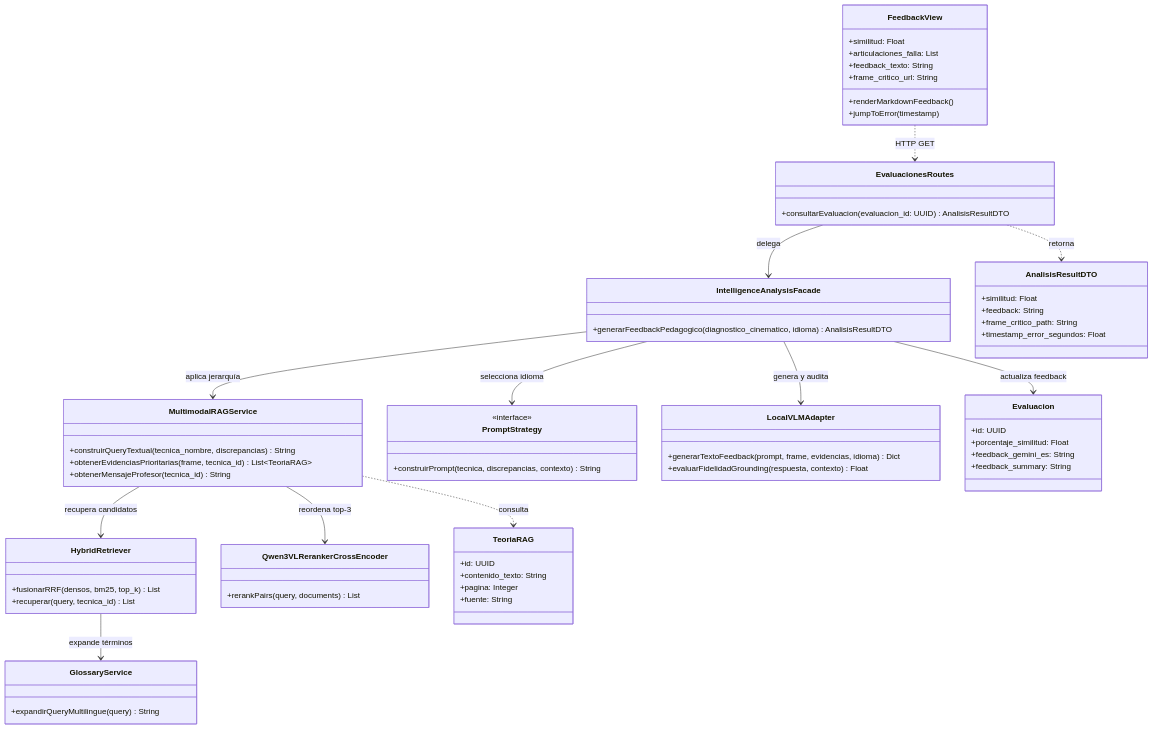
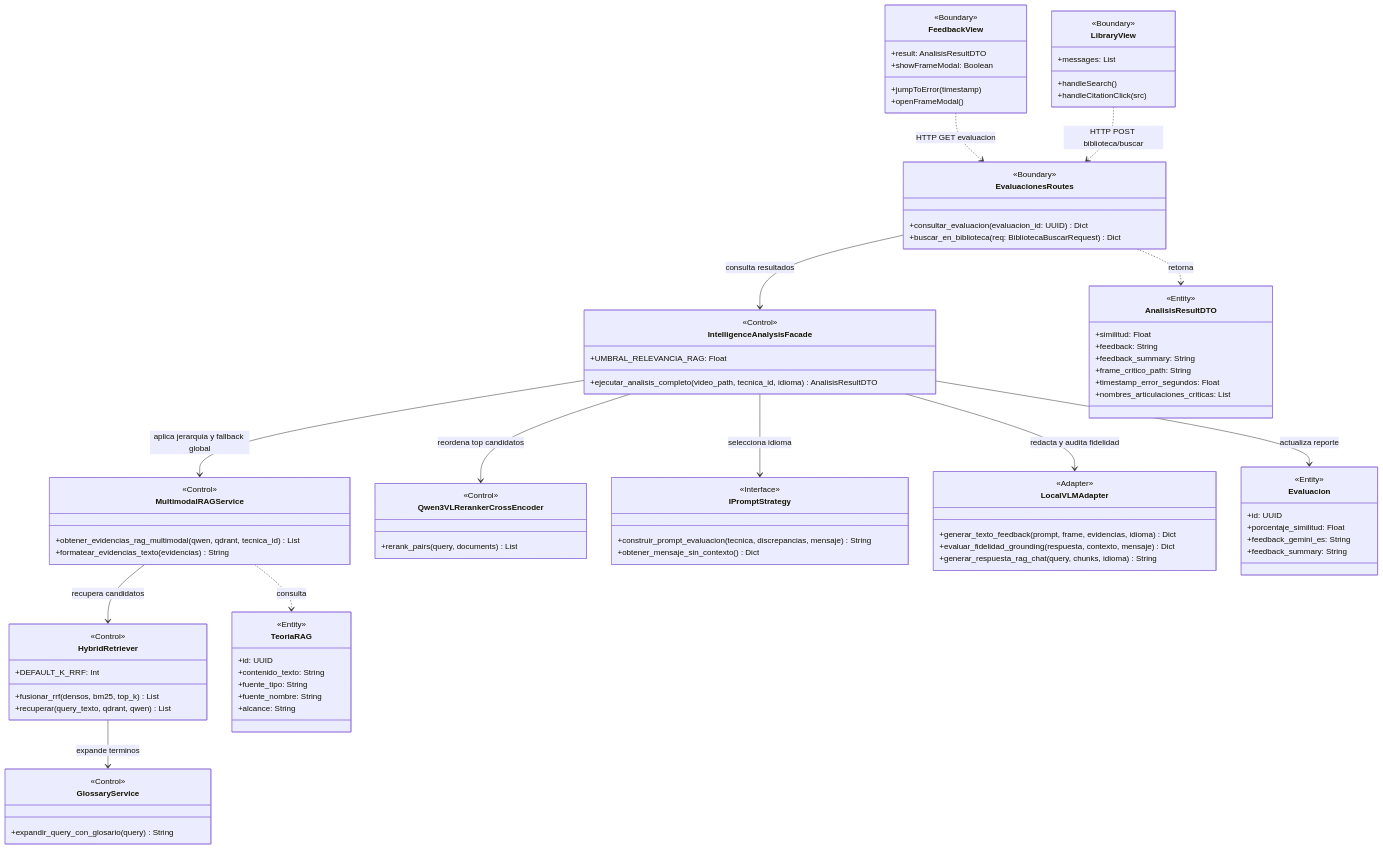
One commit to Tsmrain/JiuJitsu changed the diagram in docs/diagramas/codigo/cu04_clases.mmd. Above: the diagram before and after it, drawn with Mermaid. The commit also changed 86 other files, not shown here.

Commit message:
docs: actualizar ProyectoGrado bajo ICONIX con diagramas Mermaid, Cap IX y CV, y sincronizar cambios recientes

```diff
--- a/docs/diagramas/codigo/cu04_clases.mmd
+++ b/docs/diagramas/codigo/cu04_clases.mmd
@@ -1,79 +1,103 @@
 classDiagram
     class FeedbackView {
-        +similitud: Float
-        +articulaciones_falla: List
-        +feedback_texto: String
-        +frame_critico_url: String
-        +renderMarkdownFeedback()
+        <<Boundary>>
+        +result: AnalisisResultDTO
+        +showFrameModal: Boolean
         +jumpToError(timestamp)
+        +openFrameModal()
+    }
+
+    class LibraryView {
+        <<Boundary>>
+        +messages: List
+        +handleSearch()
+        +handleCitationClick(src)
     }
 
     class EvaluacionesRoutes {
-        +consultarEvaluacion(evaluacion_id: UUID) AnalisisResultDTO
+        <<Boundary>>
+        +consultar_evaluacion(evaluacion_id: UUID) Dict
+        +buscar_en_biblioteca(req: BibliotecaBuscarRequest) Dict
     }
 
     class IntelligenceAnalysisFacade {
-        +generarFeedbackPedagogico(diagnostico_cinematico, idioma) AnalisisResultDTO
+        <<Control>>
+        +UMBRAL_RELEVANCIA_RAG: Float
+        +ejecutar_analisis_completo(video_path, tecnica_id, idioma) AnalisisResultDTO
     }
 
     class MultimodalRAGService {
-        +construirQueryTextual(tecnica_nombre, discrepancias) String
-        +obtenerEvidenciasPrioritarias(frame, tecnica_id) List~TeoriaRAG~
-        +obtenerMensajeProfesor(tecnica_id) String
+        <<Control>>
+        +obtener_evidencias_rag_multimodal(qwen, qdrant, tecnica_id) List
+        +formatear_evidencias_texto(evidencias) String
     }
 
     class HybridRetriever {
-        +fusionarRRF(densos, bm25, top_k) List
-        +recuperar(query, tecnica_id) List
+        <<Control>>
+        +DEFAULT_K_RRF: Int
+        +fusionar_rrf(densos, bm25, top_k) List
+        +recuperar(query_texto, qdrant, qwen) List
     }
 
     class Qwen3VLRerankerCrossEncoder {
-        +rerankPairs(query, documents) List
+        <<Control>>
+        +rerank_pairs(query, documents) List
     }
 
     class GlossaryService {
-        +expandirQueryMultilingue(query) String
+        <<Control>>
+        +expandir_query_con_glosario(query) String
     }
 
-    class PromptStrategy {
-        <<interface>>
-        +construirPrompt(tecnica, discrepancias, contexto) String
+    class IPromptStrategy {
+        <<Interface>>
+        +construir_prompt_evaluacion(tecnica, discrepancias, mensaje) String
+        +obtener_mensaje_sin_contexto() Dict
     }
 
     class LocalVLMAdapter {
-        +generarTextoFeedback(prompt, frame, evidencias, idioma) Dict
-        +evaluarFidelidadGrounding(respuesta, contexto) Float
+        <<Adapter>>
+        +generar_texto_feedback(prompt, frame, evidencias, idioma) Dict
+        +evaluar_fidelidad_grounding(respuesta, contexto, mensaje) Dict
+        +generar_respuesta_rag_chat(query, chunks, idioma) String
     }
 
     class Evaluacion {
+        <<Entity>>
         +id: UUID
         +porcentaje_similitud: Float
         +feedback_gemini_es: String
         +feedback_summary: String
     }
 
     class TeoriaRAG {
+        <<Entity>>
         +id: UUID
         +contenido_texto: String
-        +pagina: Integer
-        +fuente: String
+        +fuente_tipo: String
+        +fuente_nombre: String
+        +alcance: String
     }
 
     class AnalisisResultDTO {
+        <<Entity>>
         +similitud: Float
         +feedback: String
+        +feedback_summary: String
         +frame_critico_path: String
         +timestamp_error_segundos: Float
+        +nombres_articulaciones_criticas: List
     }
 
-    EvaluacionesRoutes --> IntelligenceAnalysisFacade : delega
-    FeedbackView ..> EvaluacionesRoutes : HTTP GET
-    IntelligenceAnalysisFacade --> MultimodalRAGService : aplica jerarquía
+    FeedbackView ..> EvaluacionesRoutes : HTTP GET evaluacion
+    LibraryView ..> EvaluacionesRoutes : HTTP POST biblioteca/buscar
+    EvaluacionesRoutes --> IntelligenceAnalysisFacade : consulta resultados
+    IntelligenceAnalysisFacade --> MultimodalRAGService : aplica jerarquia y fallback global
     MultimodalRAGService --> HybridRetriever : recupera candidatos
-    HybridRetriever --> GlossaryService : expande términos
-    MultimodalRAGService --> Qwen3VLRerankerCrossEncoder : reordena top-3
-    IntelligenceAnalysisFacade --> PromptStrategy : selecciona idioma
-    IntelligenceAnalysisFacade --> LocalVLMAdapter : genera y audita
+    HybridRetriever --> GlossaryService : expande terminos
+    IntelligenceAnalysisFacade --> Qwen3VLRerankerCrossEncoder : reordena top candidatos
+    IntelligenceAnalysisFacade --> IPromptStrategy : selecciona idioma
+    IntelligenceAnalysisFacade --> LocalVLMAdapter : redacta y audita fidelidad
     MultimodalRAGService ..> TeoriaRAG : consulta
-    IntelligenceAnalysisFacade --> Evaluacion : actualiza feedback
+    IntelligenceAnalysisFacade --> Evaluacion : actualiza reporte
     EvaluacionesRoutes ..> AnalisisResultDTO : retorna
```
